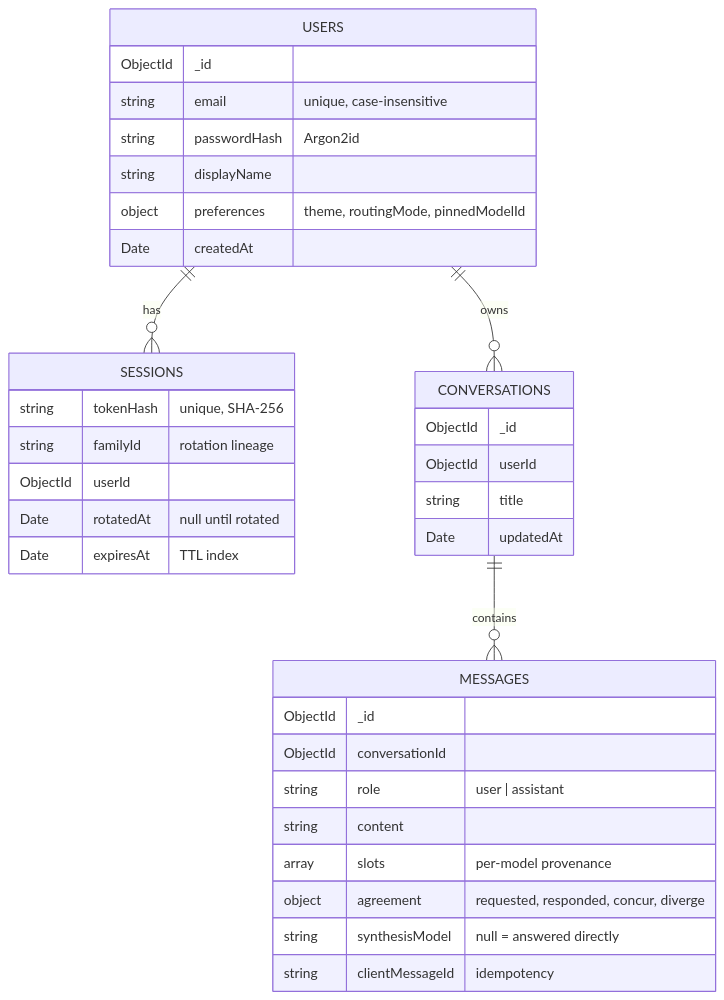
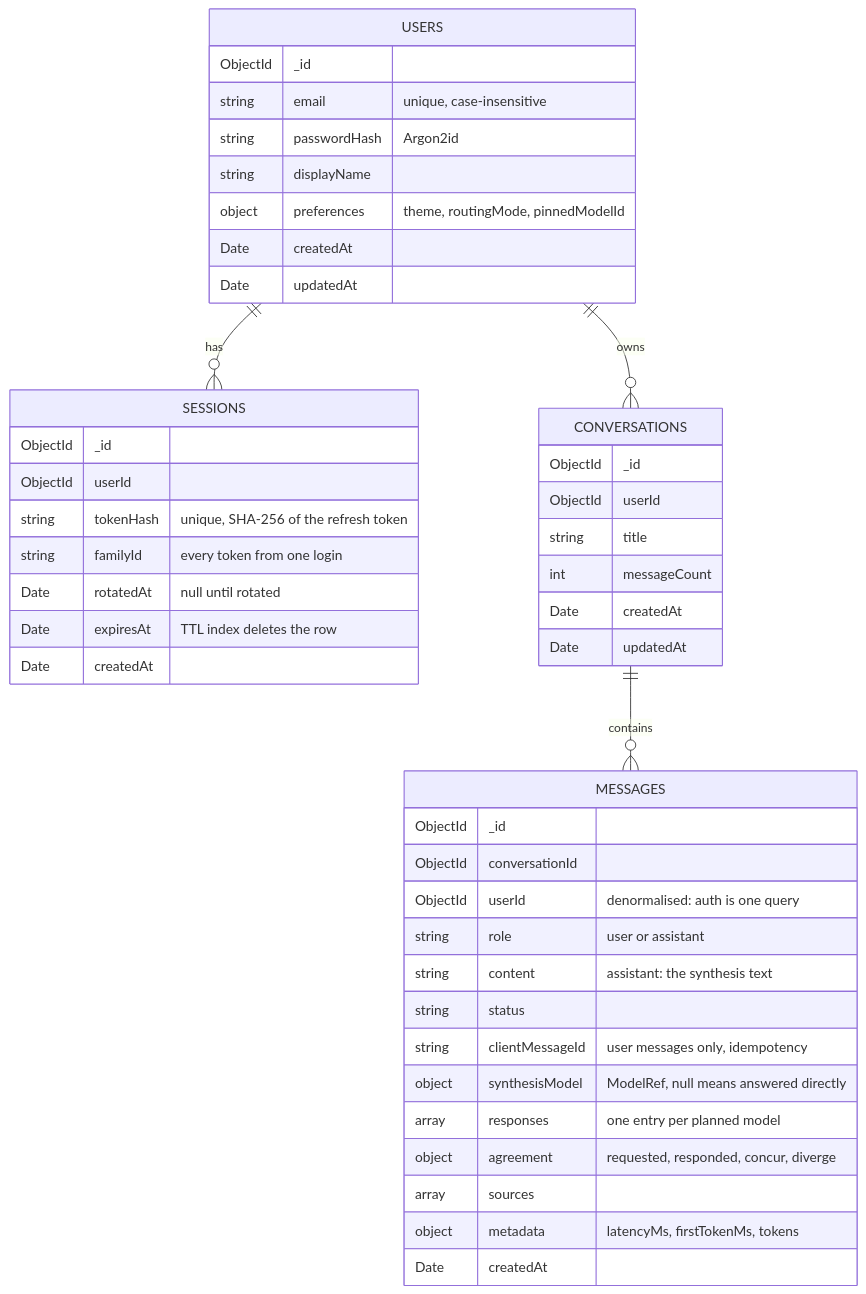
One commit to Omkar-Gavade/NexusAI changed the seventh of 10 diagrams in docs/PROJECT-GUIDE.md. Above: the diagram before and after it, drawn with Mermaid. The commit also changed other lines of this file, not shown here.

First line of the commit message:
Correct the project guide's data model and event order

````diff
--- a/docs/PROJECT-GUIDE.md
+++ b/docs/PROJECT-GUIDE.md
@@ -555,38 +572,48 @@
 ```mermaid
 erDiagram
     USERS ||--o{ SESSIONS : has
     USERS ||--o{ CONVERSATIONS : owns
     CONVERSATIONS ||--o{ MESSAGES : contains
 
     USERS {
         ObjectId _id
         string email "unique, case-insensitive"
         string passwordHash "Argon2id"
         string displayName
         object preferences "theme, routingMode, pinnedModelId"
         Date createdAt
+        Date updatedAt
     }
     SESSIONS {
-        string tokenHash "unique, SHA-256"
-        string familyId "rotation lineage"
+        ObjectId _id
         ObjectId userId
+        string tokenHash "unique, SHA-256 of the refresh token"
+        string familyId "every token from one login"
         Date rotatedAt "null until rotated"
-        Date expiresAt "TTL index"
+        Date expiresAt "TTL index deletes the row"
+        Date createdAt
     }
     CONVERSATIONS {
         ObjectId _id
         ObjectId userId
         string title
+        int messageCount
+        Date createdAt
         Date updatedAt
     }
     MESSAGES {
         ObjectId _id
         ObjectId conversationId
-        string role "user | assistant"
-        string content
-        array slots "per-model provenance"
+        ObjectId userId "denormalised: auth is one query"
+        string role "user or assistant"
+        string content "assistant: the synthesis text"
+        string status
+        string clientMessageId "user messages only, idempotency"
+        object synthesisModel "ModelRef, null means answered directly"
+        array responses "one entry per planned model"
         object agreement "requested, responded, concur, diverge"
-        string synthesisModel "null = answered directly"
-        string clientMessageId "idempotency"
+        array sources
+        object metadata "latencyMs, firstTokenMs, tokens"
+        Date createdAt
     }
 ```
````
